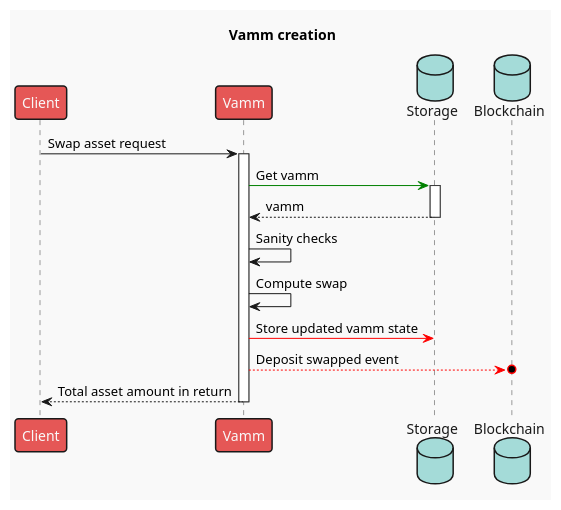
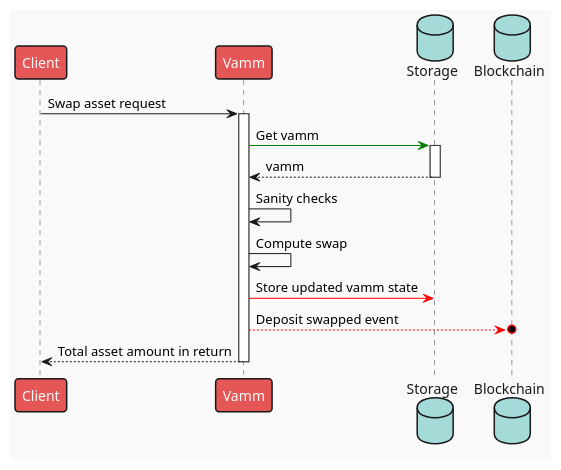
One commit to ComposableFi/composable changed the diagram in frame/vamm/diagrams/function_swap.plantuml. Above: the diagram before and after it, drawn with PlantUML.

Commit message:
docs(vamm): Remove title for `swap` diagram
CU-2ft2x0a

```diff
--- a/frame/vamm/diagrams/function_swap.plantuml
+++ b/frame/vamm/diagrams/function_swap.plantuml
@@ -1,20 +1,19 @@
 @startuml
 skinparam responseMessageBelowArrow true
-title Vamm creation
 'autoactivate on
 !theme mars
 
 participant "Client" as client
 participant "Vamm" as vamm
 database "Storage" as svamm
 database "Blockchain" as bc
 
 client -> vamm++: Swap asset request
 vamm -[#green]> svamm++: Get vamm
 svamm --> vamm--: vamm
 vamm -> vamm: Sanity checks
 vamm -> vamm: Compute swap
 vamm -[#red]> svamm: Store updated vamm state
 vamm -[#red]->o bc: Deposit swapped event
 vamm --> client--: Total asset amount in return
 @enduml
```
